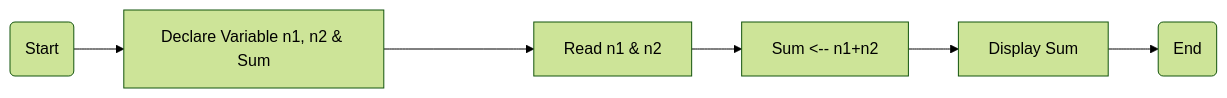
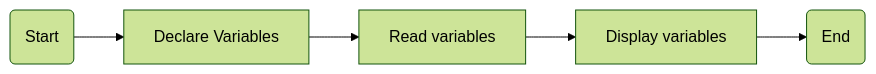
The diagram in docs/codepoint/striver_a2z_dsa_sheet_solution/step01/step1.1/User_Input-Output.md (PrepVerse/CodePoint), drawn with Mermaid (forest theme) before and after one commit. The commit also changed other lines of this file and 3 other files, not shown here.

````diff
--- a/docs/codepoint/striver_a2z_dsa_sheet_solution/step01/step1.1/User_Input-Output.md
+++ b/docs/codepoint/striver_a2z_dsa_sheet_solution/step01/step1.1/User_Input-Output.md
@@ -1,8 +1,7 @@
 ``` mermaid
 graph LR
-  A(Start) --> B[Declare Variable n1, n2 & Sum];
-  B ----> C[Read n1 & n2];
-  C --> D[Sum <-- n1+n2];
-  D --> E[Display Sum];
-  E --> F(End);
+  A(Start) --> B[Declare Variables];
+  B --> C[Read variables];
+  C --> D[Display variables];
+  D --> E(End);
 ```
````
